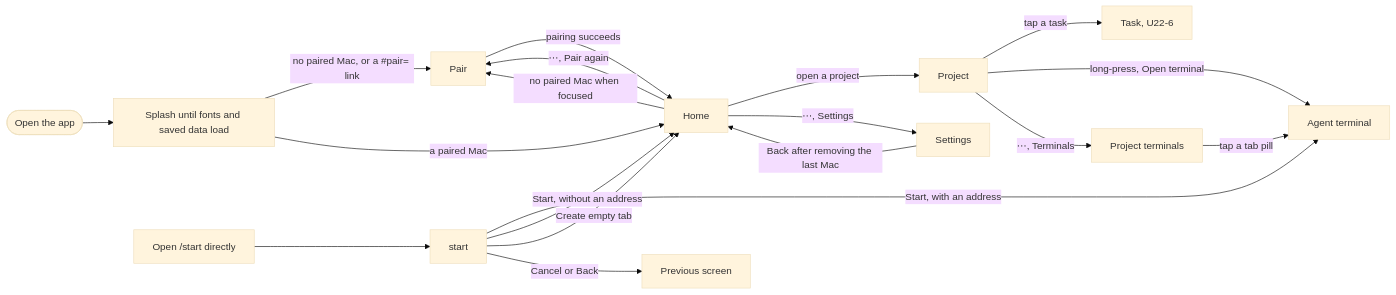
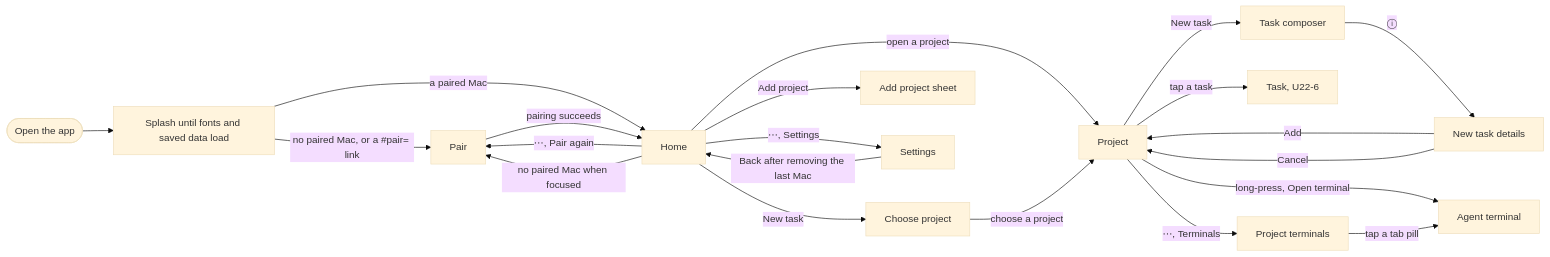
The diagram in docs/feature-map.md (0xroylee/herdr-mobile-app), drawn with Mermaid (base theme) before and after one commit. The commit also changed other lines of this file and 33 other files, not shown here.

First line of the commit message:
Add the new task composer, details sheet and Add project (U22-5)

````diff
--- a/docs/feature-map.md
+++ b/docs/feature-map.md
@@ -22,21 +22,23 @@
 ```mermaid
 flowchart LR
   open([Open the app]) --> splash["Splash until fonts and saved data load"]
   splash -->|"no paired Mac, or a #pair= link"| pair[Pair]
   splash -->|"a paired Mac"| home[Home]
   pair -->|"pairing succeeds"| home
   home -->|"open a project"| project[Project]
+  home -->|"New task"| projectPicker[Choose project]
+  projectPicker -->|"choose a project"| project
+  home -->|"Add project"| addProject[Add project sheet]
   home -->|"⋯, Settings"| settings[Settings]
   home -->|"⋯, Pair again"| pair
+  project -->|"New task"| composer[Task composer]
+  composer -->|"ⓘ"| details[New task details]
+  details -->|"Add"| project
+  details -->|"Cancel"| project
   project -->|"tap a task"| task[Task, U22-6]
   project -->|"long-press, Open terminal"| term[Agent terminal]
   project -->|"⋯, Terminals"| terminals[Project terminals]
   terminals -->|"tap a tab pill"| term
-  direct["Open /start directly"] --> start
-  start -->|"Start, with an address"| term
-  start -->|"Start, without an address"| home
-  start -->|"Create empty tab"| home
-  start -->|"Cancel or Back"| previous[Previous screen]
   settings -->|"Back after removing the last Mac"| home
   home -->|"no paired Mac when focused"| pair
 ```
````
